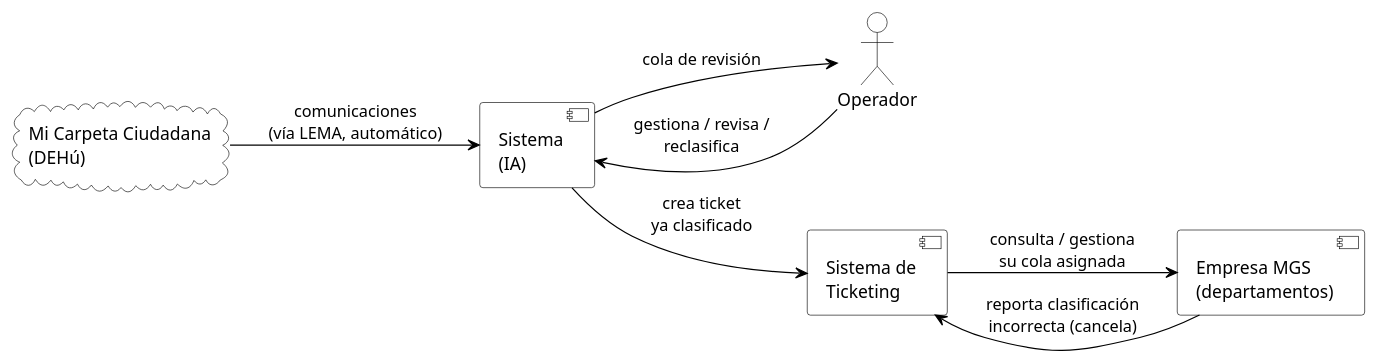
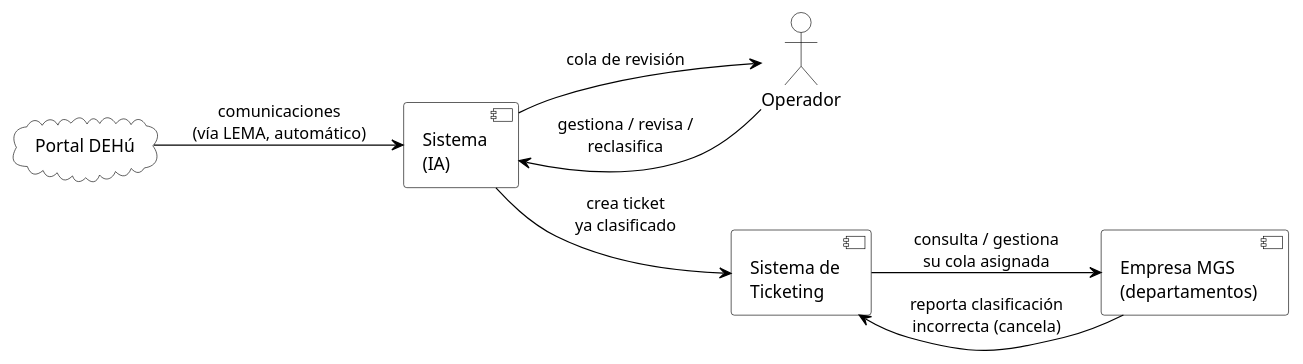
One commit to XIN917/TFM changed the second of 2 diagrams in Diagramas/Diagrama_Contexto.md. Above: the diagram before and after it, drawn with PlantUML. The commit also changed other lines of this file and 5 other files, not shown here.

````diff
--- a/Diagramas/Diagrama_Contexto.md
+++ b/Diagramas/Diagrama_Contexto.md
@@ -77,40 +77,40 @@
 ```plantuml
 @startuml diagrama_contexto
 
 skinparam backgroundColor White
 skinparam defaultFontName Helvetica
 skinparam actor {
     BackgroundColor White
     BorderColor Black
 }
 skinparam component {
     BackgroundColor White
     BorderColor Black
     ArrowColor Black
     FontSize 14
 }
 skinparam cloud {
     BackgroundColor White
     BorderColor Black
 }
 skinparam nodesep 60
 skinparam ranksep 60
 
 left to right direction
 
-cloud "Mi Carpeta Ciudadana\n(DEHú)" as Carpeta
+cloud "Portal DEHú" as Carpeta
 actor "Operador" as Operador
 component "Empresa MGS\n(departamentos)" as MGS
 component "Sistema de\nTicketing" as Ticketing
 
 component "Sistema\n(IA)" as Sistema
 
 Carpeta --> Sistema : comunicaciones\n(vía LEMA, automático)
 Sistema --> Ticketing : crea ticket\nya clasificado
 Ticketing --> MGS : consulta / gestiona\nsu cola asignada
 MGS --> Ticketing : reporta clasificación\nincorrecta (cancela)
 Operador --> Sistema : gestiona / revisa /\nreclasifica
 Sistema --> Operador : cola de revisión
 
 @enduml
 ```
````
